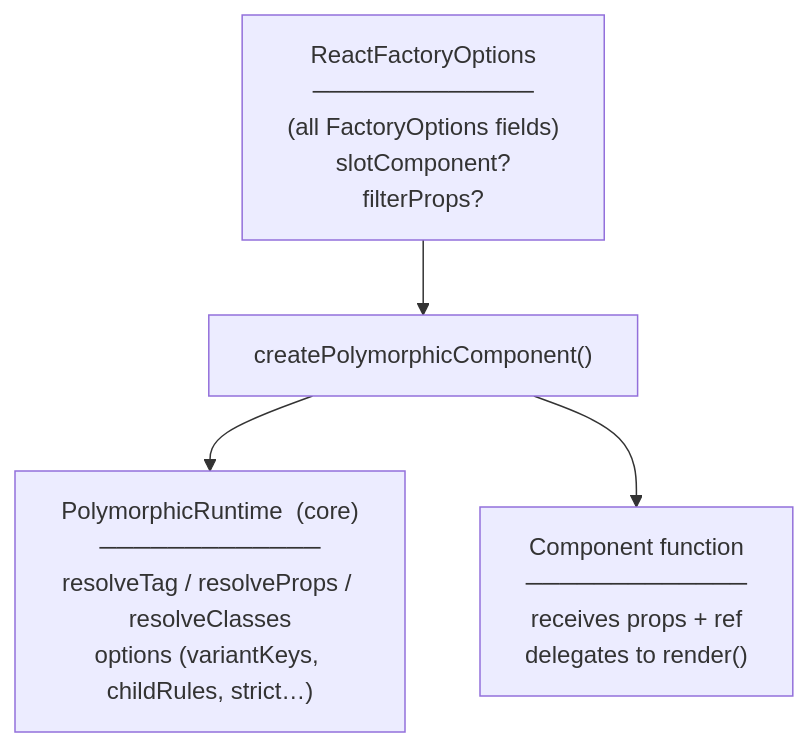
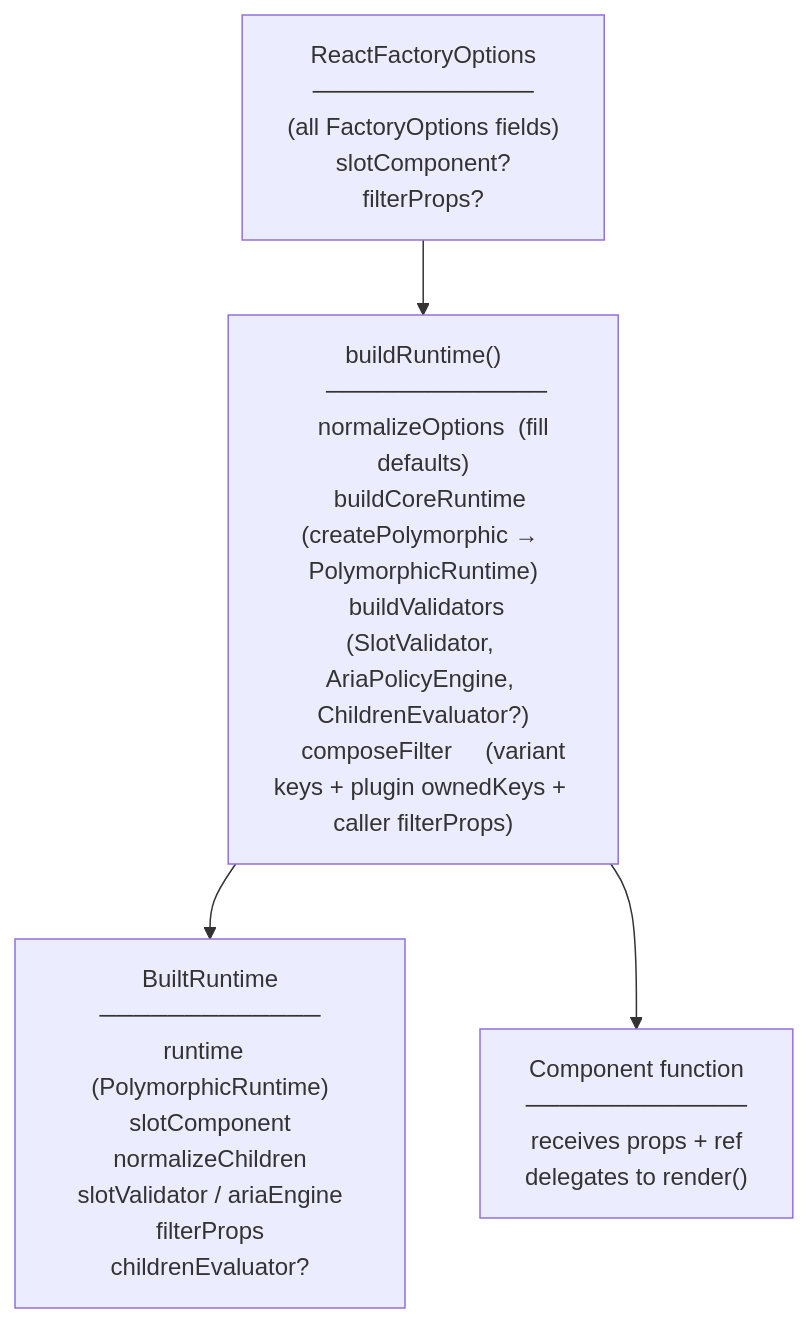
Before and after one commit to slowebworkz/praxis-kit: the eighth of 10 diagrams in ARCHITECTURE.md, drawn with Mermaid. The commit also changed other lines of this file and 26 other files, not shown here.

First line of the commit message:
refactor: introduce PolymorphicGenerics bundle, migrate react types/ subdirectory, and harden type contracts

````diff
--- a/ARCHITECTURE.md
+++ b/ARCHITECTURE.md
@@ -423,23 +444,32 @@
 ```mermaid
 flowchart TD
     options["ReactFactoryOptions
     ─────────────
     (all FactoryOptions fields)
     slotComponent?
     filterProps?"]
 
-    factory["createPolymorphicComponent()"]
+    buildRuntime["buildRuntime()
+    ─────────────
+    normalizeOptions  (fill defaults)
+    buildCoreRuntime  (createPolymorphic → PolymorphicRuntime)
+    buildValidators   (SlotValidator, AriaPolicyEngine, ChildrenEvaluator?)
+    composeFilter     (variant keys + plugin ownedKeys + caller filterProps)"]
 
-    runtime["PolymorphicRuntime  (core)
+    bundle["BuiltRuntime
 ─────────────
-resolveTag / resolveProps / resolveClasses
-options (variantKeys, childRules, strict…)"]
+runtime  (PolymorphicRuntime)
+slotComponent
+normalizeChildren
+slotValidator / ariaEngine
+filterProps
+childrenEvaluator?"]
 
     component["Component function
 ─────────────
 receives props + ref
 delegates to render()"]
 
-    options --> factory --> runtime
-    factory --> component
+    options --> buildRuntime --> bundle
+    buildRuntime --> component
 ```
````
